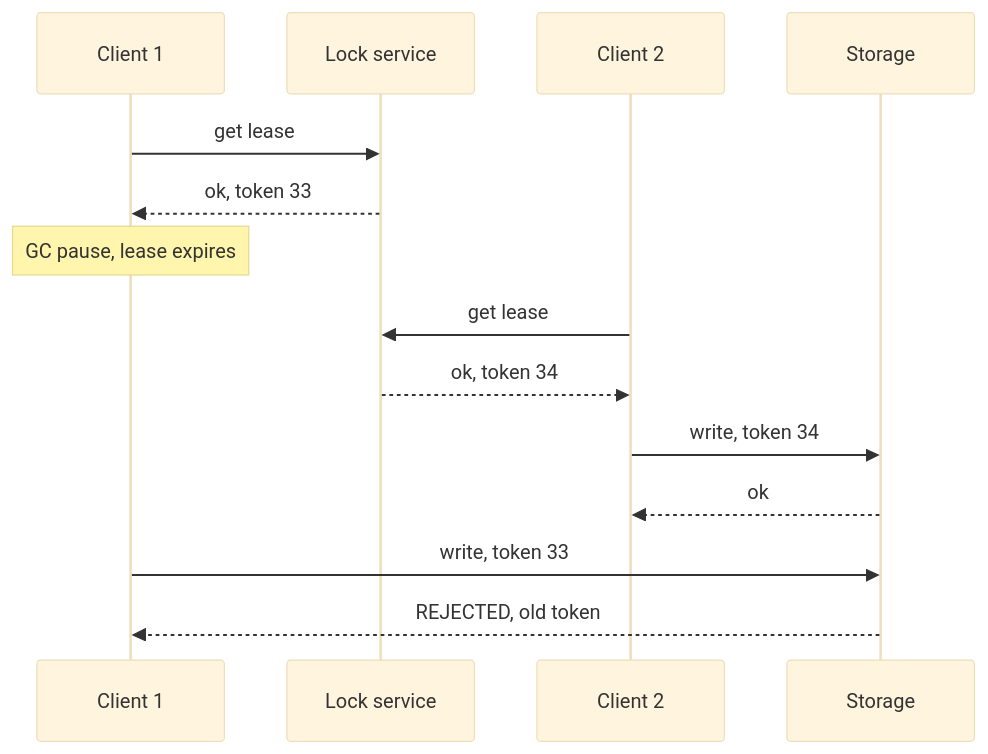
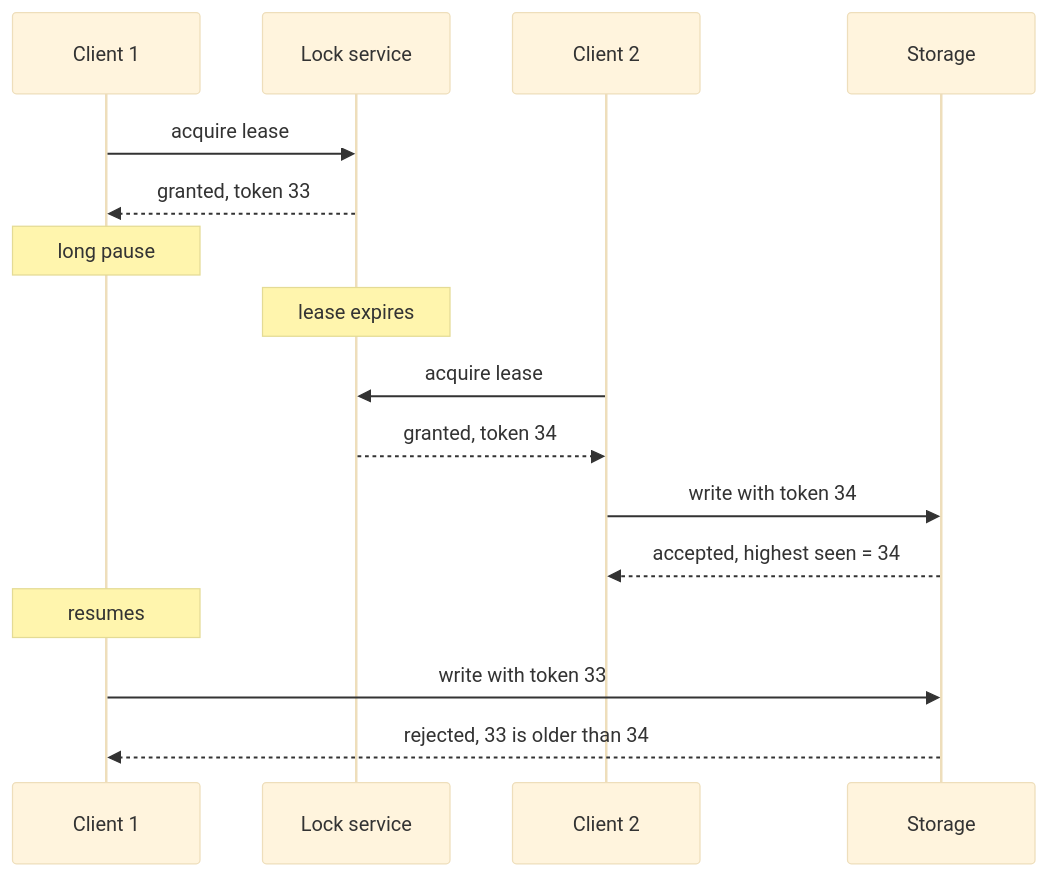
One commit to alvinnew100/grand-line-study-guide changed the first of 2 diagrams in docs/data/lessons/databases/20-truth-fencing.md. Above: the diagram before and after it, drawn with Mermaid (base theme). The commit also changed other lines of this file and 37 other files, not shown here.

````diff
--- a/docs/data/lessons/databases/20-truth-fencing.md
+++ b/docs/data/lessons/databases/20-truth-fencing.md
@@ -59,16 +72,18 @@
 ```mermaid
 sequenceDiagram
   participant C1 as Client 1
-  participant L as Lock service
+  participant LS as Lock service
   participant C2 as Client 2
-  participant S as Storage
-  C1->>L: get lease
-  L-->>C1: ok, token 33
-  Note over C1: GC pause, lease expires
-  C2->>L: get lease
-  L-->>C2: ok, token 34
-  C2->>S: write, token 34
-  S-->>C2: ok
-  C1->>S: write, token 33
-  S-->>C1: REJECTED, old token
+  participant ST as Storage
+  C1->>LS: acquire lease
+  LS-->>C1: granted, token 33
+  Note over C1: long pause
+  Note over LS: lease expires
+  C2->>LS: acquire lease
+  LS-->>C2: granted, token 34
+  C2->>ST: write with token 34
+  ST-->>C2: accepted, highest seen = 34
+  Note over C1: resumes
+  C1->>ST: write with token 33
+  ST-->>C1: rejected, 33 is older than 34
 ```
````
